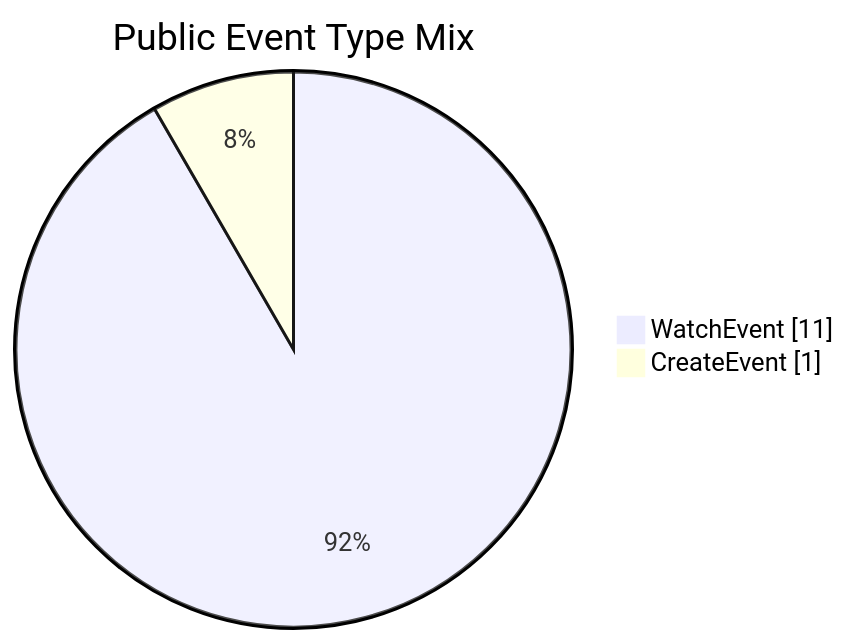
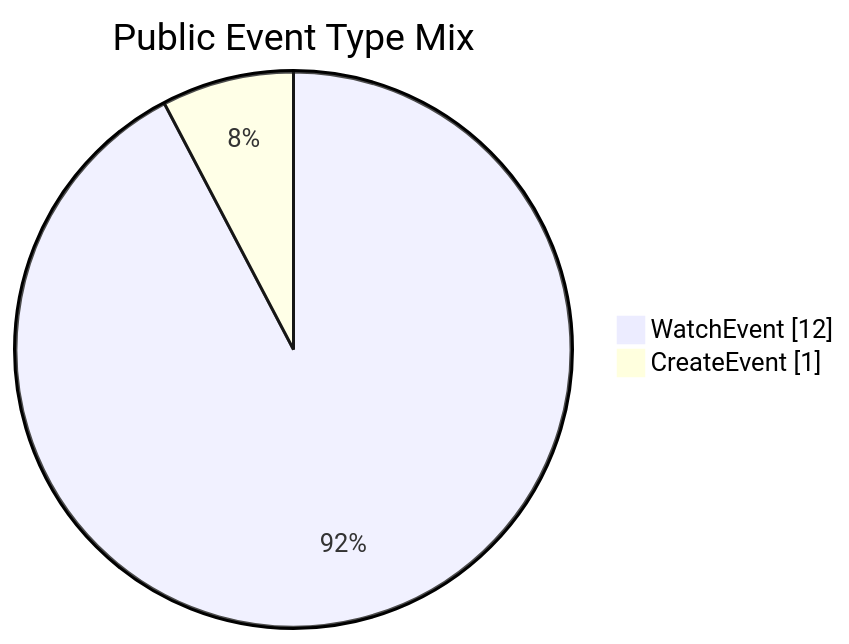
The second of 2 diagrams in README.md (manhquydev/manhquydev), drawn with Mermaid before and after one commit. The commit also changed other lines of this file and 4 other files, not shown here.

````diff
--- a/README.md
+++ b/README.md
@@ -136,6 +136,6 @@
 ```mermaid
 pie showData
   title Public Event Type Mix
-  "WatchEvent" : 11
+  "WatchEvent" : 12
   "CreateEvent" : 1
 ```
````
